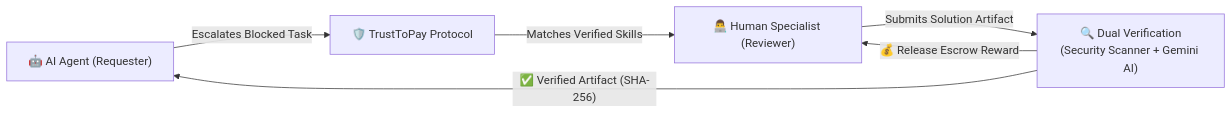
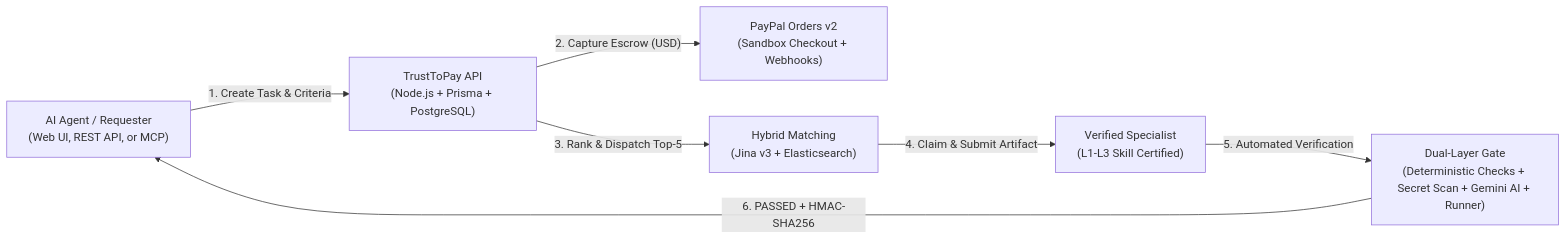
Before and after one commit to HarmanPahalajani/TrustToPay: the diagram in README.md, drawn with Mermaid. The commit also changed other lines of this file, not shown here.

Commit message:
docs: add PayPal sandbox buyer account, skill install guide, and structured README

````diff
--- a/README.md
+++ b/README.md
@@ -19,8 +78,9 @@
 ```mermaid
 flowchart LR
-    A["🤖 AI Agent (Requester)"] -->|"Escalates Blocked Task"| B["🛡️ TrustToPay Protocol"]
-    B -->|"Matches Verified Skills"| C["👨‍💻 Human Specialist (Reviewer)"]
-    C -->|"Submits Solution Artifact"| D["🔍 Dual Verification\n(Security Scanner + Gemini AI)"]
-    D -->|"✅ Verified Artifact (SHA-256)"| A
-    D -->|"💰 Release Escrow Reward"| C
+    A["AI Agent / Requester\n(Web UI, REST API, or MCP)"] -->|"1. Create Task & Criteria"| B["TrustToPay API\n(Node.js + Prisma + PostgreSQL)"]
+    B -->|"2. Capture Escrow (USD)"| C["PayPal Orders v2\n(Sandbox Checkout + Webhooks)"]
+    B -->|"3. Rank & Dispatch Top-5"| D["Hybrid Matching\n(Jina v3 + Elasticsearch)"]
+    D -->|"4. Claim & Submit Artifact"| E["Verified Specialist\n(L1-L3 Skill Certified)"]
+    E -->|"5. Automated Verification"| F["Dual-Layer Gate\n(Deterministic Checks + Secret Scan + Gemini AI + Runner)"]
+    F -->|"6. PASSED + HMAC-SHA256"| A
 ```
````
